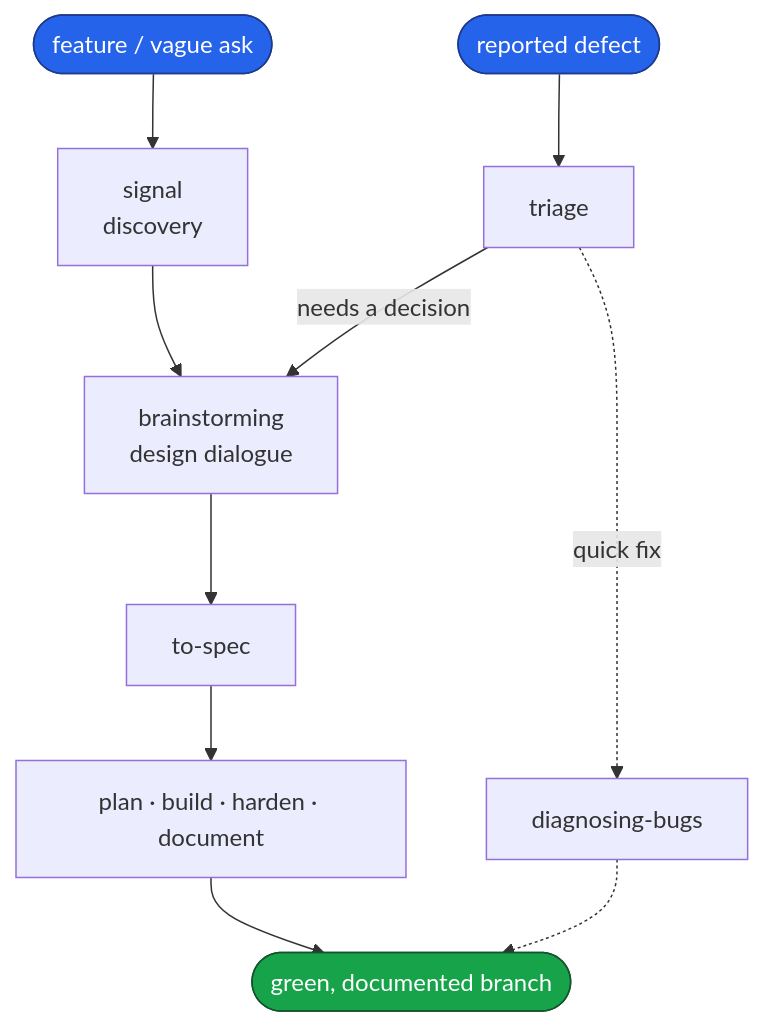
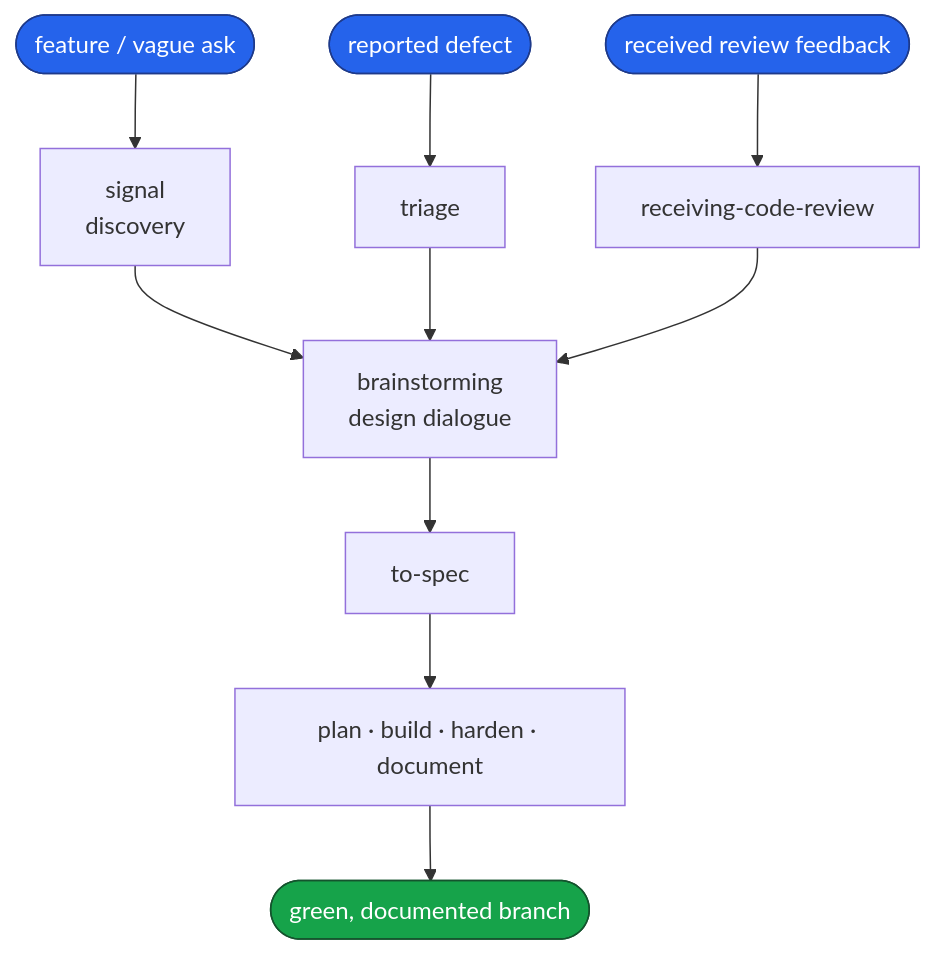
The first of 6 diagrams in README.md (dashworthy/engineering), drawn with Mermaid before and after one commit. The commit also changed other lines of this file and 27 other files, not shown here.

````diff
--- a/README.md
+++ b/README.md
@@ -37,17 +39,17 @@
 ```mermaid
 flowchart TD
     classDef entry fill:#2563eb,stroke:#1e3a8a,color:#fff
     classDef done fill:#16a34a,stroke:#14532d,color:#fff
 
     F(["feature / vague ask"]):::entry --> SIG["signal<br/>discovery"]
     D(["reported defect"]):::entry --> TRI["triage"]
+    R(["received review feedback"]):::entry --> RCR["receiving-code-review"]
 
     SIG --> DES["brainstorming<br/>design dialogue"]
-    TRI -->|"needs a decision"| DES
-    TRI -. "quick fix" .-> FIX["diagnosing-bugs"]
+    TRI --> DES
+    RCR --> DES
 
     DES --> SPEC["to-spec"]
     SPEC --> BB["plan · build · harden · document"]
     BB --> DONE(["green, documented branch"]):::done
-    FIX -.-> DONE
 ```
````
